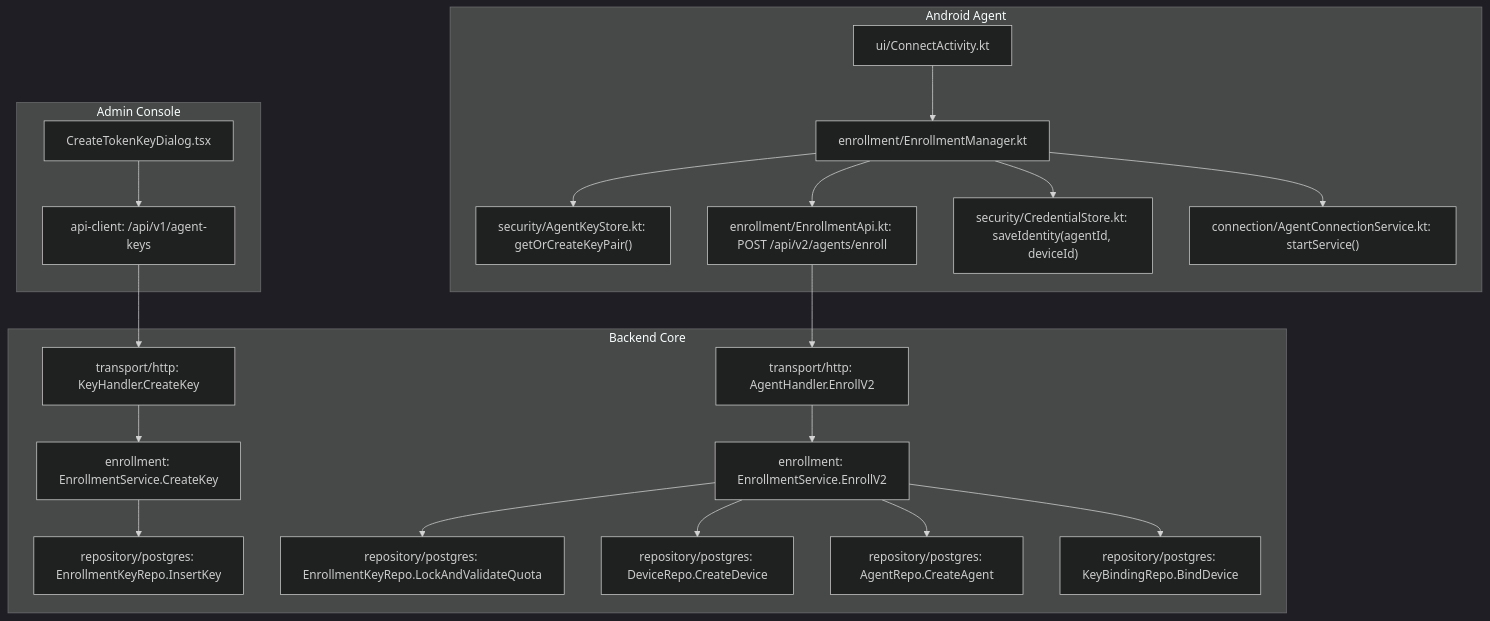
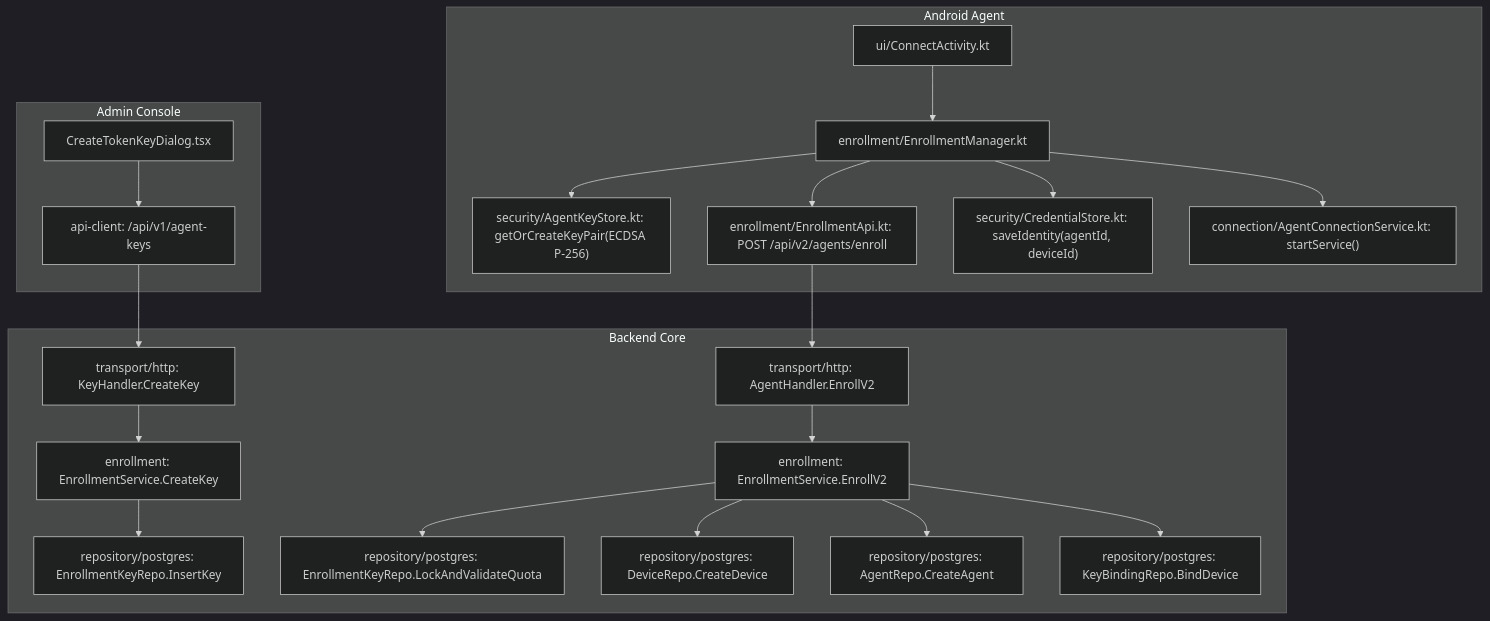
One commit to tcandt/cloudphone-farm changed the first of 4 diagrams in docs/codegraph/CODEGRAPH-V2.md. Above: the diagram before and after it, drawn with Mermaid (dark theme). The commit also changed other lines of this file and 9 other files, not shown here.

````diff
--- a/docs/codegraph/CODEGRAPH-V2.md
+++ b/docs/codegraph/CODEGRAPH-V2.md
@@ -27,27 +27,27 @@
 ```mermaid
 flowchart TD
     subgraph WEB_ADMIN ["Admin Console"]
         CreateKeyDialog["CreateTokenKeyDialog.tsx"] --> ApiClientEnroll["api-client: /api/v1/agent-keys"]
     end
 
     subgraph BACKEND_ENROLL ["Backend Core"]
         ApiClientEnroll --> HTTP_KeyHandler["transport/http: KeyHandler.CreateKey"]
         HTTP_KeyHandler --> Svc_Enroll["enrollment: EnrollmentService.CreateKey"]
         Svc_Enroll --> Repo_Key["repository/postgres: EnrollmentKeyRepo.InsertKey"]
         
         HTTP_AgentEnroll["transport/http: AgentHandler.EnrollV2"] --> Svc_EnrollV2["enrollment: EnrollmentService.EnrollV2"]
         Svc_EnrollV2 --> Repo_KeyLock["repository/postgres: EnrollmentKeyRepo.LockAndValidateQuota"]
         Svc_EnrollV2 --> Repo_Dev["repository/postgres: DeviceRepo.CreateDevice"]
         Svc_EnrollV2 --> Repo_Agent["repository/postgres: AgentRepo.CreateAgent"]
         Svc_EnrollV2 --> Repo_Binding["repository/postgres: KeyBindingRepo.BindDevice"]
     end
 
     subgraph ANDROID_AGENT ["Android Agent"]
         ConnectUI["ui/ConnectActivity.kt"] --> EnrollMgr["enrollment/EnrollmentManager.kt"]
-        EnrollMgr --> KeyStoreAgent["security/AgentKeyStore.kt: getOrCreateKeyPair()"]
+        EnrollMgr --> KeyStoreAgent["security/AgentKeyStore.kt: getOrCreateKeyPair(ECDSA P-256)"]
         EnrollMgr --> EnrollApiAgent["enrollment/EnrollmentApi.kt: POST /api/v2/agents/enroll"]
         EnrollApiAgent --> HTTP_AgentEnroll
         EnrollMgr --> CredStore["security/CredentialStore.kt: saveIdentity(agentId, deviceId)"]
         EnrollMgr --> ConnSvc["connection/AgentConnectionService.kt: startService()"]
     end
 ```
````
